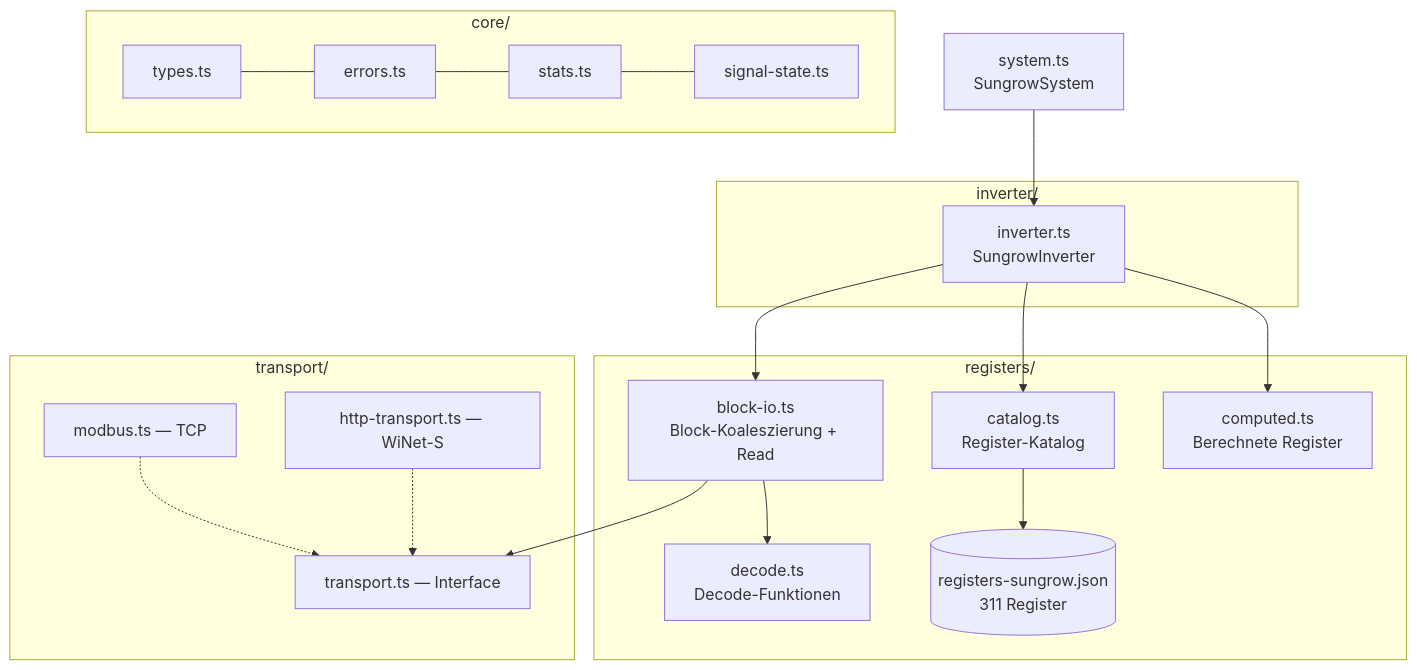
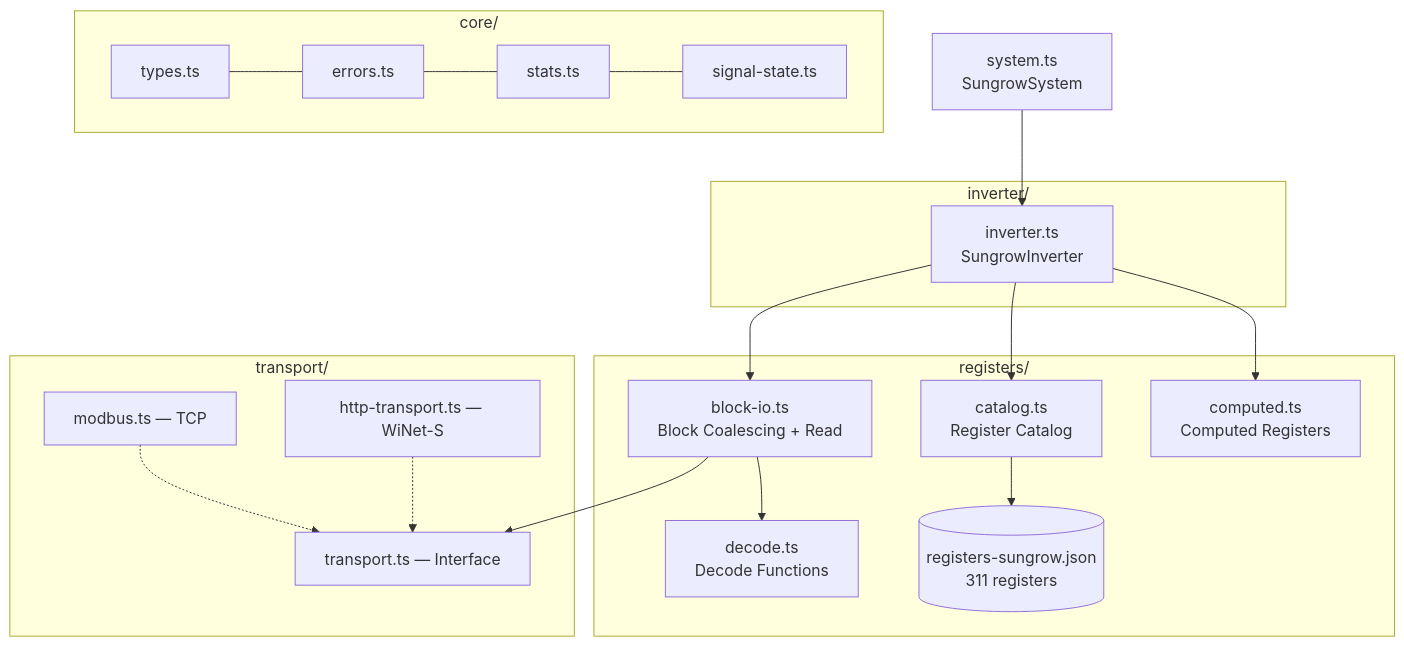
The second of 12 diagrams in ARCHITECTURE.md (AlexanderLanin/sungrowlib), drawn with Mermaid before and after one commit. The commit also changed other lines of this file, not shown here.

Commit message:
docs: translate ARCHITECTURE.md from German to English

````diff
--- a/ARCHITECTURE.md
+++ b/ARCHITECTURE.md
@@ -28,34 +28,34 @@
 ```mermaid
 graph TD
     system[system.ts<br/>SungrowSystem]
 
     subgraph "inverter/"
         inverter[inverter.ts<br/>SungrowInverter]
     end
 
     subgraph "registers/"
-        catalog[catalog.ts<br/>Register-Katalog]
-        blockio[block-io.ts<br/>Block-Koaleszierung + Read]
-        decode[decode.ts<br/>Decode-Funktionen]
-        computed[computed.ts<br/>Berechnete Register]
-        json[(registers-sungrow.json<br/>311 Register)]
+        catalog[catalog.ts<br/>Register Catalog]
+        blockio[block-io.ts<br/>Block Coalescing + Read]
+        decode[decode.ts<br/>Decode Functions]
+        computed[computed.ts<br/>Computed Registers]
+        json[(registers-sungrow.json<br/>311 registers)]
     end
 
     subgraph "transport/"
         transport_if[transport.ts — Interface]
         modbus[modbus.ts — TCP]
         http_tr[http-transport.ts — WiNet-S]
     end
 
     subgraph "core/"
         types[types.ts] --- errors[errors.ts] --- stats[stats.ts] --- sigstate[signal-state.ts]
     end
 
     system --> inverter
     inverter --> blockio --> decode
     inverter --> catalog --> json
     inverter --> computed
     blockio --> transport_if
     modbus -.-> transport_if
     http_tr -.-> transport_if
 ```
````
